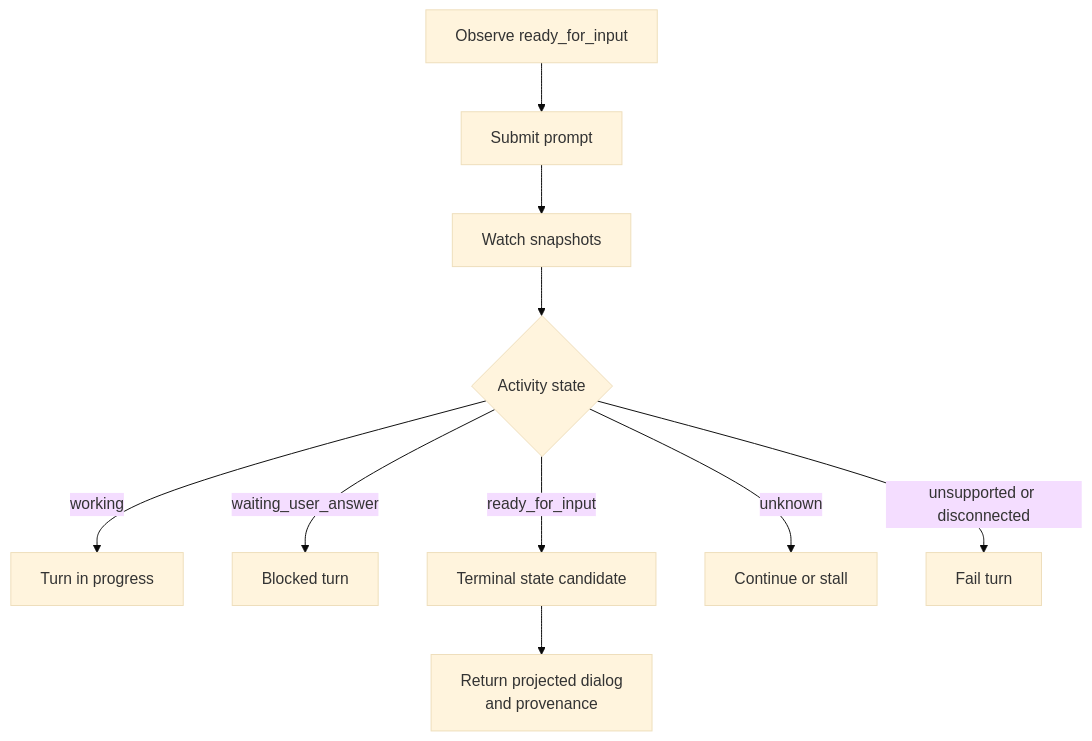
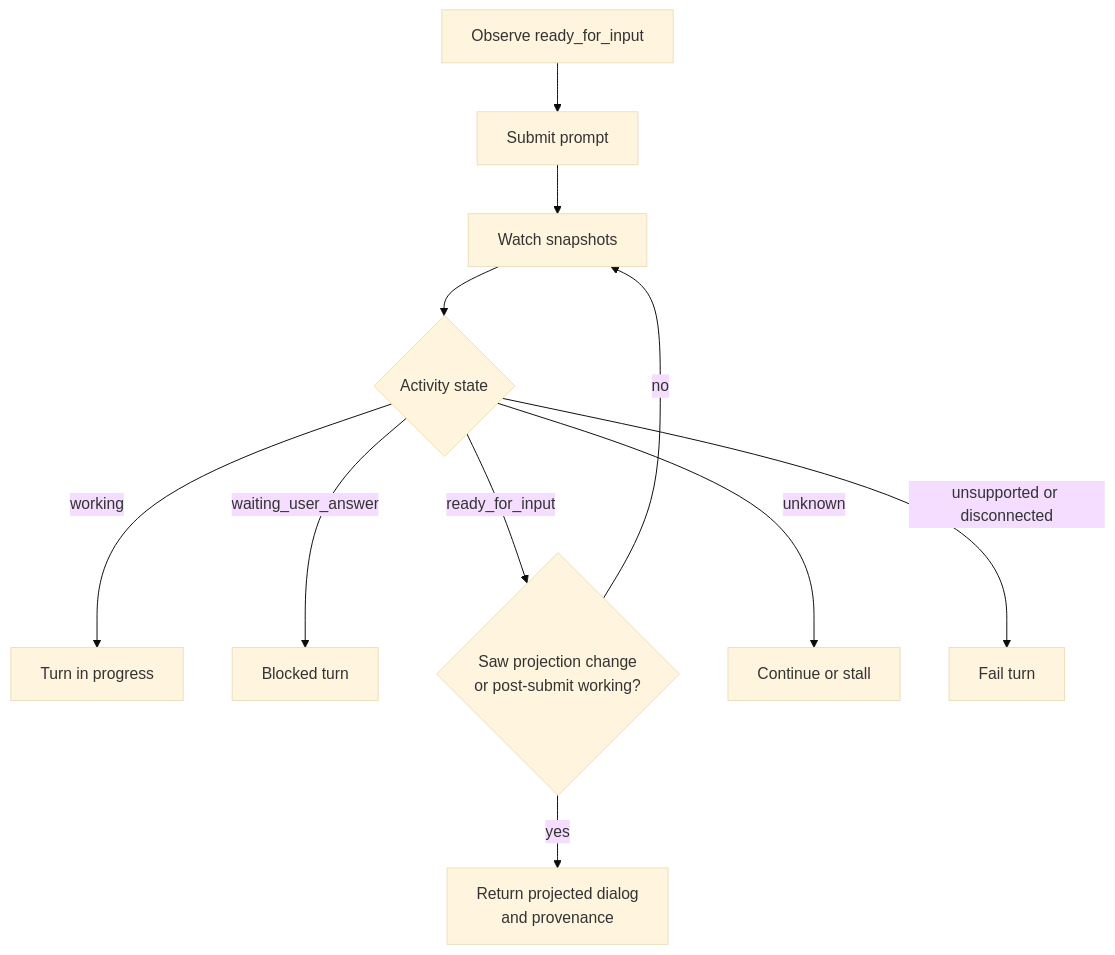
Before and after one commit to igamenovoer/houmao: the third of 3 diagrams in openspec/changes/decouple-shadow-state-from-answer-association/contracts/claude-state-contracts.md, drawn with Mermaid (base theme). The commit also changed other lines of this file and 12 other files, not shown here.

````diff
--- a/openspec/changes/decouple-shadow-state-from-answer-association/contracts/claude-state-contracts.md
+++ b/openspec/changes/decouple-shadow-state-from-answer-association/contracts/claude-state-contracts.md
@@ -378,12 +378,13 @@
 ```mermaid
 flowchart TD
     A[Observe ready_for_input] --> B[Submit prompt]
     B --> C[Watch snapshots]
     C --> D{Activity state}
     D -->|working| E[Turn in progress]
     D -->|waiting_user_answer| F[Blocked turn]
-    D -->|ready_for_input| G[Terminal state candidate]
+    D -->|ready_for_input| G{Saw projection change<br/>or post-submit working?}
     D -->|unknown| H[Continue or stall]
     D -->|unsupported or disconnected| I[Fail turn]
-    G --> J[Return projected dialog<br/>and provenance]
+    G -->|yes| J[Return projected dialog<br/>and provenance]
+    G -->|no| C
 ```
````
